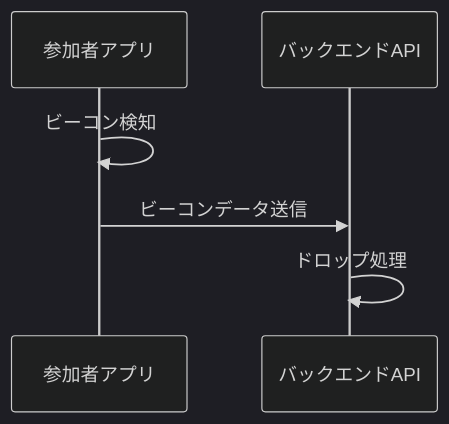
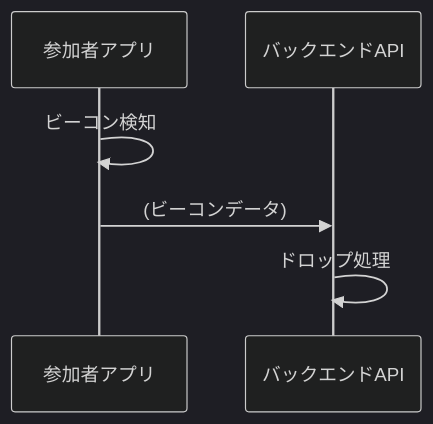
Before and after one commit to after-school-garbage-squad/repaint-architecture: the fifth of 9 diagrams in docs/sequence/mobile.md, drawn with Mermaid (dark theme). The commit also changed other lines of this file and 3 other files, not shown here.

````diff
--- a/docs/sequence/mobile.md
+++ b/docs/sequence/mobile.md
@@ -75,8 +66,8 @@
 ```mermaid
 sequenceDiagram
     participant app as 参加者アプリ
     participant back as バックエンドAPI
     app ->> app: ビーコン検知
-    app ->> back: ビーコンデータ送信
+    app ->> back: (ビーコンデータ)
     back ->> back: ドロップ処理
 ```
````
